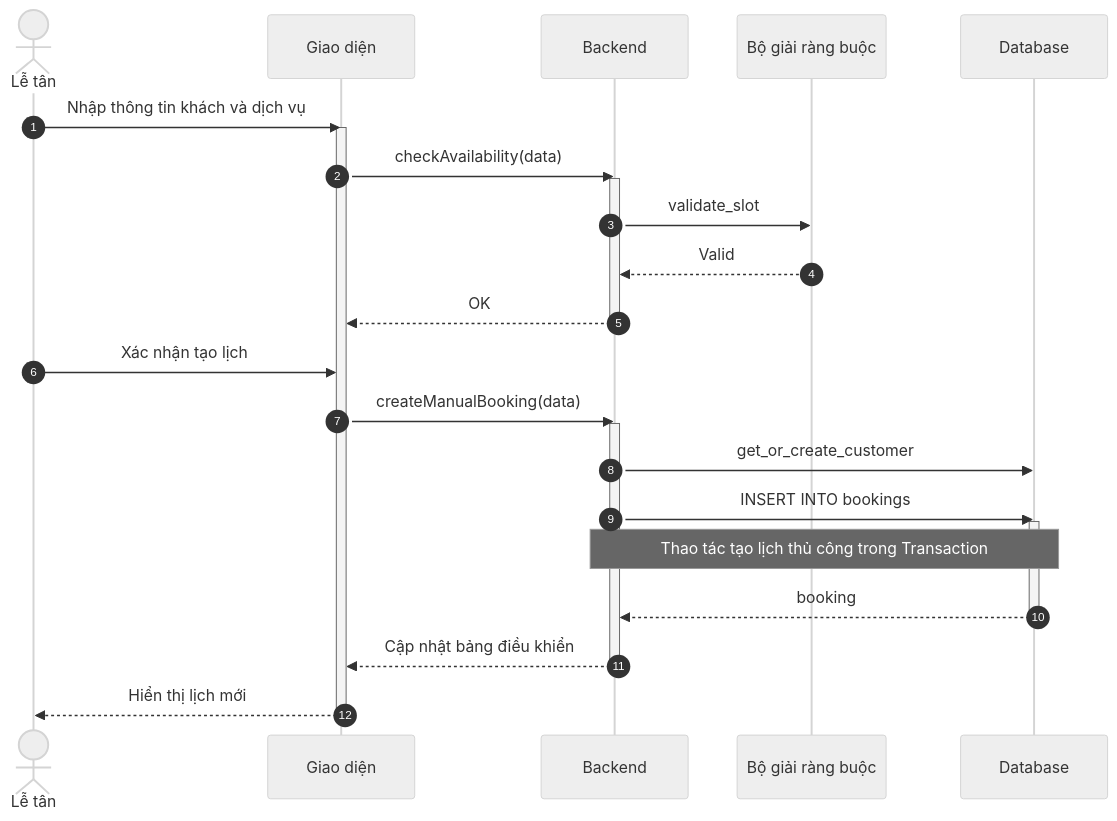
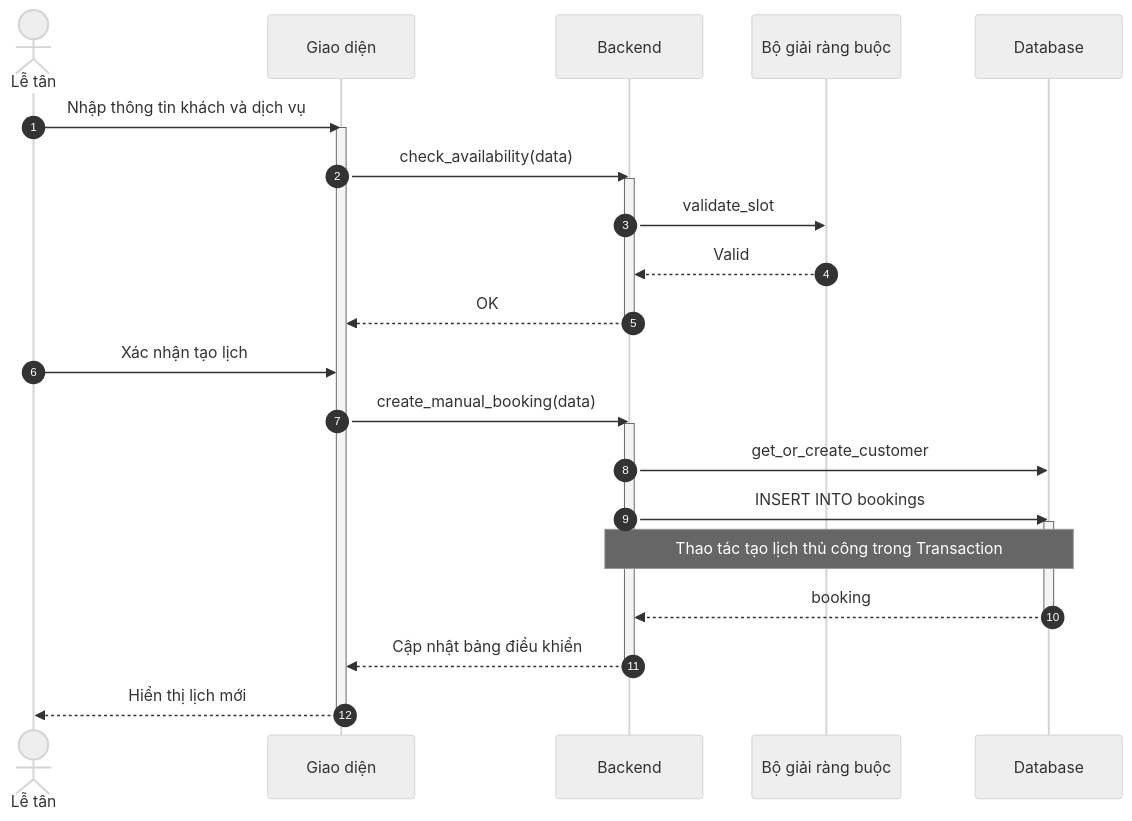
The third of 8 diagrams in docs/design/sequences/receptionist_flows.md (ngoctinn/Synapse), drawn with Mermaid (neutral theme) before and after one commit. The commit also changed other lines of this file and 4 other files, not shown here.

Commit message:
docs: Add activity and sequence diagrams for authentication, customer, receptionist, and technician flows.

````diff
--- a/docs/design/sequences/receptionist_flows.md
+++ b/docs/design/sequences/receptionist_flows.md
@@ -96,35 +96,35 @@
 ```mermaid
 sequenceDiagram
     autonumber
     actor LT as Lễ tân
     participant UI as Giao diện
     participant BE as Backend
     participant SOLVER as Bộ giải ràng buộc
     participant DB as Database
 
     LT->>UI: Nhập thông tin khách và dịch vụ
     activate UI
-    UI->>BE: checkAvailability(data)
+    UI->>BE: check_availability(data)
     activate BE
     BE->>SOLVER: validate_slot
     SOLVER-->>BE: Valid
     BE-->>UI: OK
     deactivate BE
 
     LT->>UI: Xác nhận tạo lịch
-    UI->>BE: createManualBooking(data)
+    UI->>BE: create_manual_booking(data)
     activate BE
 
     BE->>DB: get_or_create_customer
     BE->>DB: INSERT INTO bookings
     activate DB
     Note over BE,DB: Thao tác tạo lịch thủ công trong Transaction
     DB-->>BE: booking
     deactivate DB
 
     BE-->>UI: Cập nhật bảng điều khiển
     deactivate BE
 
     UI-->>LT: Hiển thị lịch mới
     deactivate UI
 ```
````
